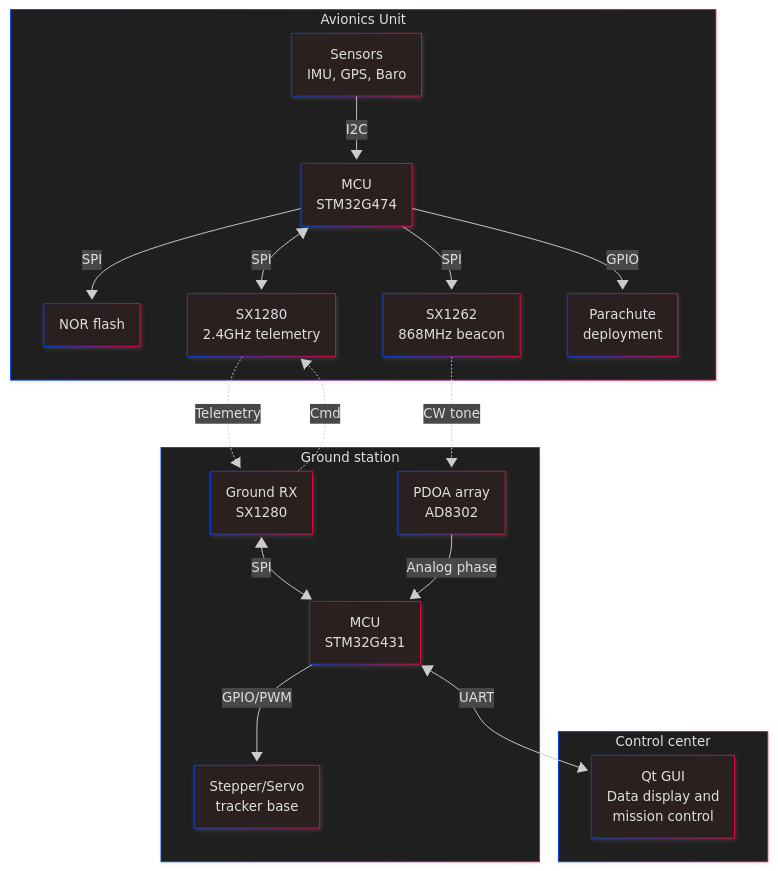
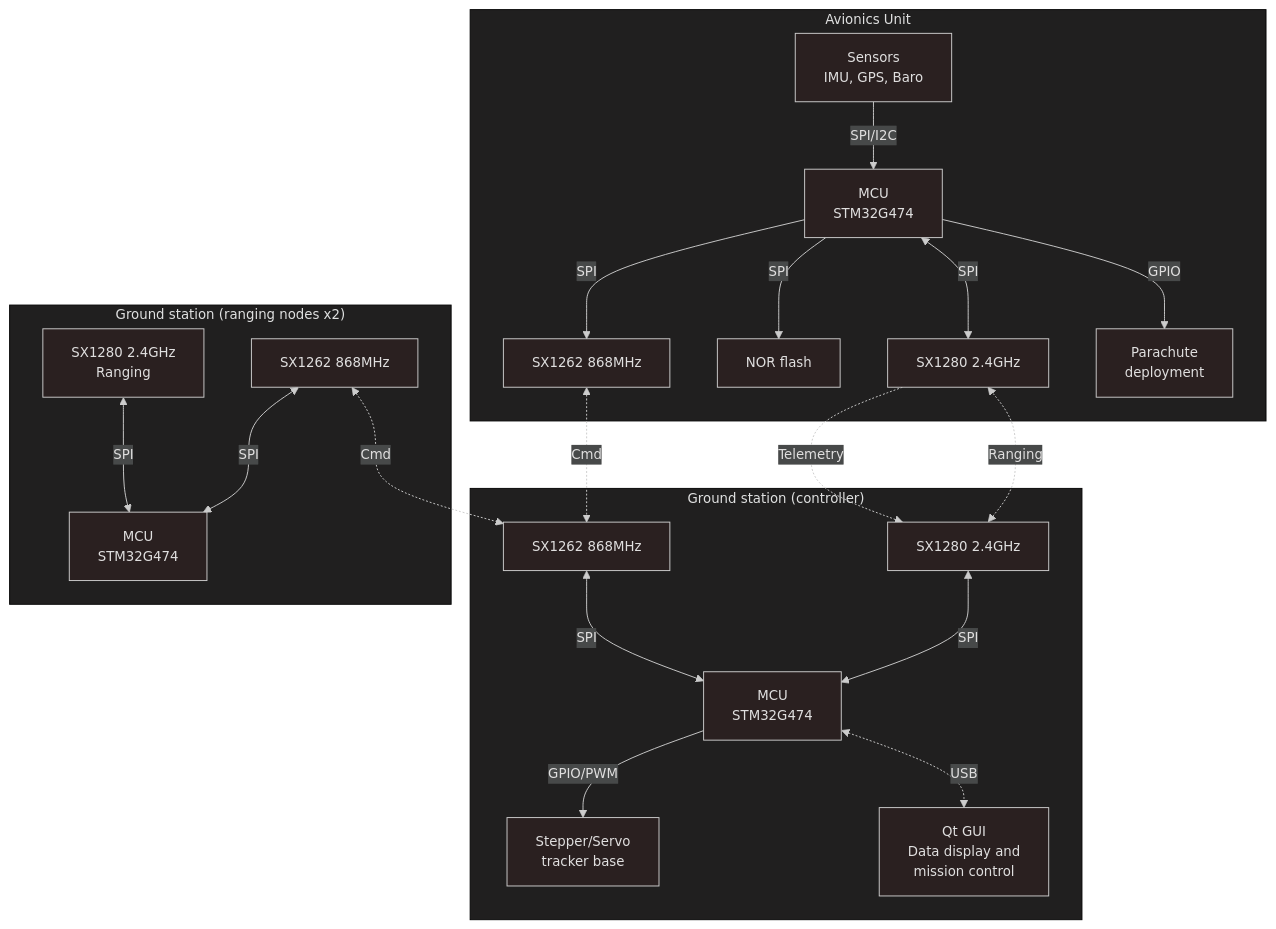
One commit to rhall510/stm32-rocket-avionics changed the diagram in README.md. Above: the diagram before and after it, drawn with Mermaid. The commit also changed other lines of this file and 1 other file, not shown here.

Commit message:
Update project plan and readme

````diff
--- a/README.md
+++ b/README.md
@@ -32,37 +32,48 @@
 ```mermaid
 ---
 config:
-  look: neo
   theme: neo-dark
+  layout: dagre
 ---
 flowchart TB
  subgraph Rocket["Avionics Unit"]
         MCU_R["MCU<br>STM32G474"]
         Sensors["Sensors<br>IMU, GPS, Baro"]
         NOR["NOR flash"]
-        RKT_24["SX1280<br>2.4GHz telemetry"]
-        RKT_868["SX1262<br>868MHz beacon"]
+        RKT_24["SX1280 2.4GHz"]
+        RKT_868["SX1262 868MHz"]
         Parachute["Parachute<br>deployment"]
   end
- subgraph Air["Ground station"]
-        GS_24["Ground RX<br>SX1280"]
-        GS_PDOA["PDOA array<br>AD8302"]
-        MCU_G["MCU<br>STM32G431"]
+ subgraph Air["Ground station (controller)"]
+        GS_24["SX1280 2.4GHz"]
+        GS_PDOA@{ label: "<span style=\"padding-left:\">SX1262 868MHz</span>" }
+        MCU_G@{ label: "MCU<span style=\"padding-left:\"><br>STM32G474</span>" }
         Motors["Stepper/Servo<br>tracker base"]
-  end
- subgraph PC["Control center"]
         GUI["Qt GUI<br>Data display and<br> mission control"]
   end
-    Sensors -- I2C --> MCU_R
-    MCU_R -- SPI --> RKT_868
+ subgraph s1["Ground station (ranging nodes x2)"]
+        n1["SX1280 2.4GHz<br>Ranging"]
+        n2@{ label: "<span style=\"padding-left:\">SX1262 868MHz</span>" }
+        n3@{ label: "MCU<span style=\"padding-left:\"><br>STM32G474</span>" }
+  end
+    Sensors -- SPI/I2C --> MCU_R
+    MCU_R -- SPI --> RKT_868 & NOR
     MCU_R <-- SPI --> RKT_24
     MCU_R -- GPIO --> Parachute
-    MCU_R -- SPI --> NOR
     RKT_24 -. Telemetry .-> GS_24
-    GS_24 -. Cmd .-> RKT_24
-    RKT_868 -. CW tone .-> GS_PDOA
+    RKT_868 <-. Cmd .-> GS_PDOA
     GS_24 <-- SPI --> MCU_G
-    GS_PDOA -- Analog phase --> MCU_G
+    GS_PDOA <-- SPI --> MCU_G
     MCU_G -- GPIO/PWM --> Motors
-    MCU_G <-- UART --> GUI
+    MCU_G <-. USB .-> GUI
+    GS_24 <-. Ranging .-> RKT_24
+    n1 <-- SPI --> n3
+    n2 <-- SPI --> n3
+    n2 <-. Cmd .-> GS_PDOA
+
+    GS_PDOA@{ shape: rect}
+    MCU_G@{ shape: rect}
+    n1@{ shape: rect}
+    n2@{ shape: rect}
+    n3@{ shape: rect}
 ```
````
